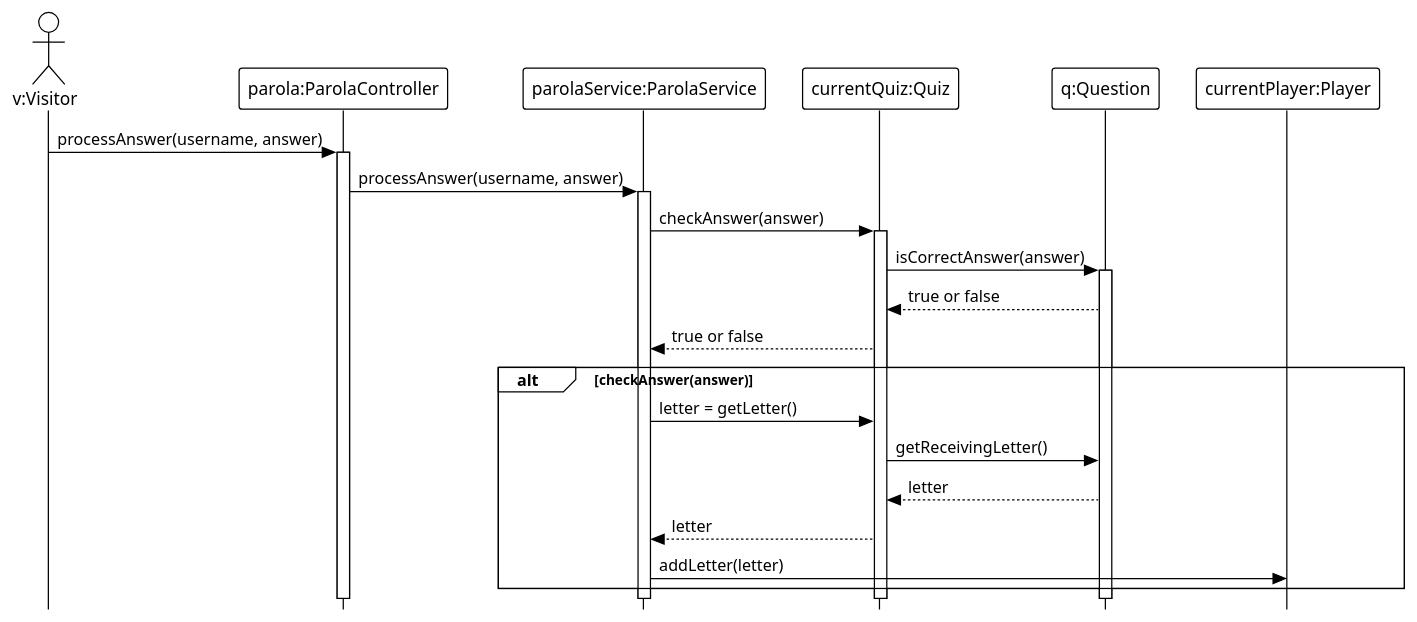
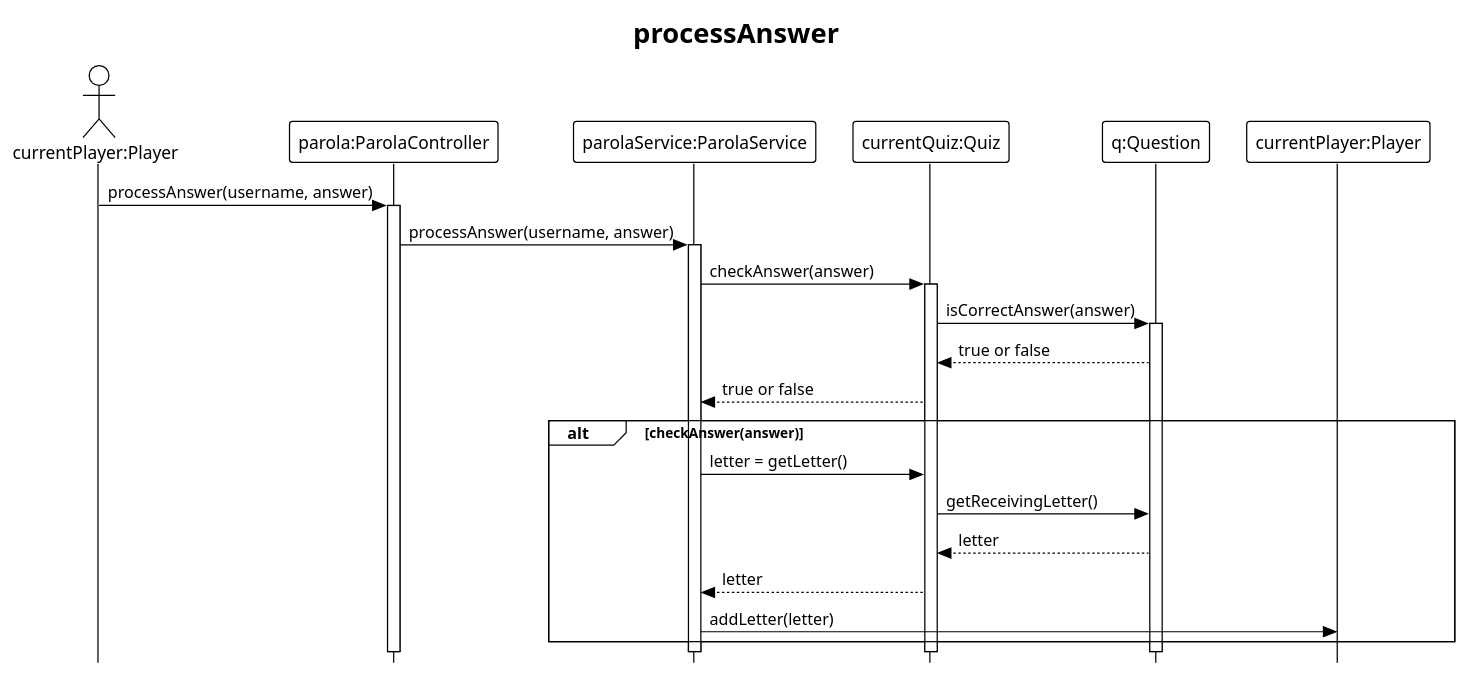
The diagram in diagrams/sd_processAnswer.puml (jchen2011/Parola), drawn with PlantUML before and after one commit. The commit also changed 21 other files, not shown here.

```diff
--- a/diagrams/sd_processAnswer.puml
+++ b/diagrams/sd_processAnswer.puml
@@ -1,23 +1,25 @@
 @startuml
 !theme plain
 skinparam style strictuml
 
-actor "v:Visitor" as visitor
+title processAnswer
 
-visitor -> "parola:ParolaController" ++ : processAnswer(username, answer)
+actor "currentPlayer:Player" as player
+
+player -> "parola:ParolaController" ++ : processAnswer(username, answer)
 
 "parola:ParolaController" -> "parolaService:ParolaService" ++: processAnswer(username, answer)
 "parolaService:ParolaService" -> "currentQuiz:Quiz" ++: checkAnswer(answer)
 "currentQuiz:Quiz" -> "q:Question" ++ : isCorrectAnswer(answer)
 "q:Question" --> "currentQuiz:Quiz" : true or false
 "currentQuiz:Quiz" --> "parolaService:ParolaService" : true or false
 alt checkAnswer(answer)
 "parolaService:ParolaService" -> "currentQuiz:Quiz" : letter = getLetter()
 "currentQuiz:Quiz" -> "q:Question" : getReceivingLetter()
 "q:Question" --> "currentQuiz:Quiz" : letter
 "currentQuiz:Quiz"  --> "parolaService:ParolaService" : letter
 "parolaService:ParolaService" -> "currentPlayer:Player" : addLetter(letter)
 end
 
 
 @enduml
```
